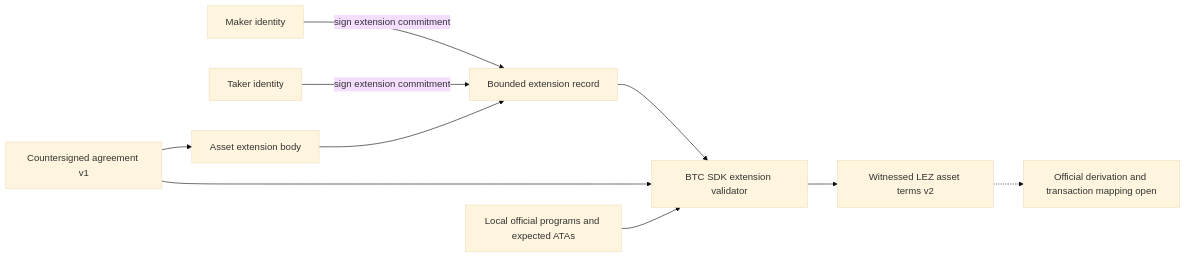
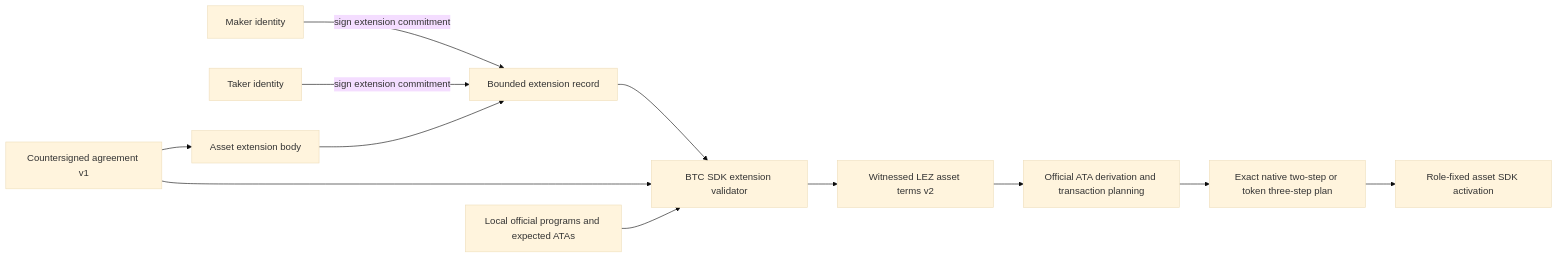
The first of 3 diagrams in docs/architecture/0045-countersign-the-selected-lez-asset.md (gateway-fm/lez-atomic-swaps), drawn with Mermaid (base theme) before and after one commit. The commit also changed other lines of this file and 7 other files, not shown here.

````diff
--- a/docs/architecture/0045-countersign-the-selected-lez-asset.md
+++ b/docs/architecture/0045-countersign-the-selected-lez-asset.md
@@ -43,12 +44,14 @@
 ```mermaid
 flowchart LR
     Base["Countersigned agreement v1"] --> Extension["Asset extension body"]
     Maker["Maker identity"] -->|"sign extension commitment"| Record["Bounded extension record"]
     Taker["Taker identity"] -->|"sign extension commitment"| Record
     Extension --> Record
     Record --> Validator["BTC SDK extension validator"]
     Base --> Validator
     Policy["Local official programs and expected ATAs"] --> Validator
     Validator --> Terms["Witnessed LEZ asset terms v2"]
-    Terms -.-> Sidecar["Official derivation and transaction mapping open"]
+    Terms --> Sidecar["Official ATA derivation and transaction planning"]
+    Sidecar --> Prepared["Exact native two-step or token three-step plan"]
+    Prepared --> Active["Role-fixed asset SDK activation"]
 ```
````
